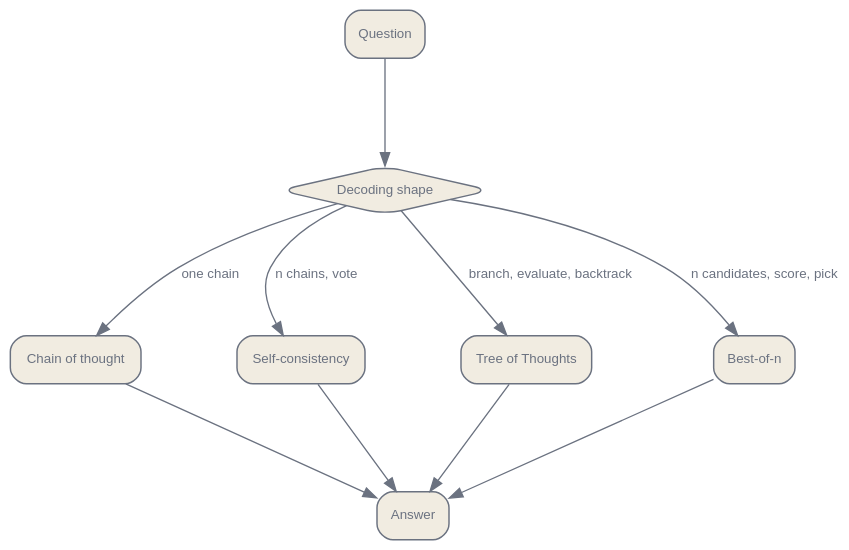
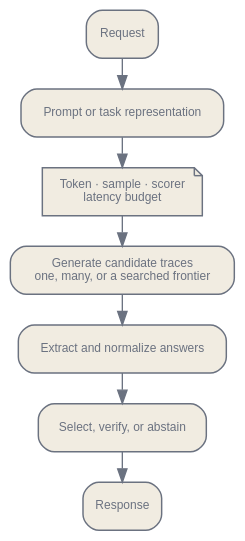
The first of 3 diagrams in en/reasoning/01-eliciting-reasoning.qmd (latere-ai/ai-as-an-infrastructure), drawn with Graphviz before and after one commit. The commit also changed other lines of this file and 5 other files, not shown here.

````diff
--- a/en/reasoning/01-eliciting-reasoning.qmd
+++ b/en/reasoning/01-eliciting-reasoning.qmd
@@ -37,27 +33,21 @@
 ```{dot}
 //| label: fig-eliciting-reasoning-shapes
-//| fig-cap: "Four decoding shapes that elicit and select reasoning from a fixed model. Each spends more inference compute than greedy decoding, in a different structure."
+//| fig-cap: "A fixed-weight elicitation pipeline. The prompt changes the conditional generation, the extractor makes answers comparable, and the selector turns a candidate set into one response. The budget constrains every stage."
 digraph {
   bgcolor="transparent";
   rankdir=TB;
-  nodesep=1.0; ranksep=1.1;
-  node [shape=box, style="rounded,filled", fontname="Helvetica", fontsize=10, color="#6b7280", fontcolor="#6b7280", fillcolor="#f1ece1", penwidth=1.1];
-  edge [fontsize=10, fontname="Helvetica", color="#6b7280", fontcolor="#6b7280"];
-  Q [label="Question"];
-  M [label="Decoding shape", shape=diamond];
-  CoT [label="Chain of thought"];
-  SC [label="Self-consistency"];
-  ToT [label="Tree of Thoughts"];
-  BoN [label="Best-of-n"];
-  A [label="Answer"];
-  Q -> M;
-  M -> CoT [label="one chain"];
-  M -> SC [label="n chains, vote"];
-  M -> ToT [label="branch, evaluate, backtrack"];
-  M -> BoN [label="n candidates, score, pick"];
-  CoT -> A;
-  SC -> A;
-  ToT -> A;
-  BoN -> A;
+  nodesep=0.24; ranksep=0.32;
+  node [shape=box, style="rounded,filled", fontname="Helvetica", fontsize=9, color="#6b7280", fontcolor="#6b7280", fillcolor="#f1ece1", penwidth=1.1];
+  edge [fontsize=8.5, fontname="Helvetica", color="#6b7280", fontcolor="#6b7280"];
+
+  request [label="Request"];
+  prepare [label="Prompt or task representation"];
+  generate [label="Generate candidate traces\none, many, or a searched frontier"];
+  extract [label="Extract and normalize answers"];
+  select [label="Select, verify, or abstain"];
+  response [label="Response"];
+  budget [label="Token · sample · scorer\nlatency budget", shape=note];
+
+  request -> prepare -> budget -> generate -> extract -> select -> response;
 }
 ```
````
